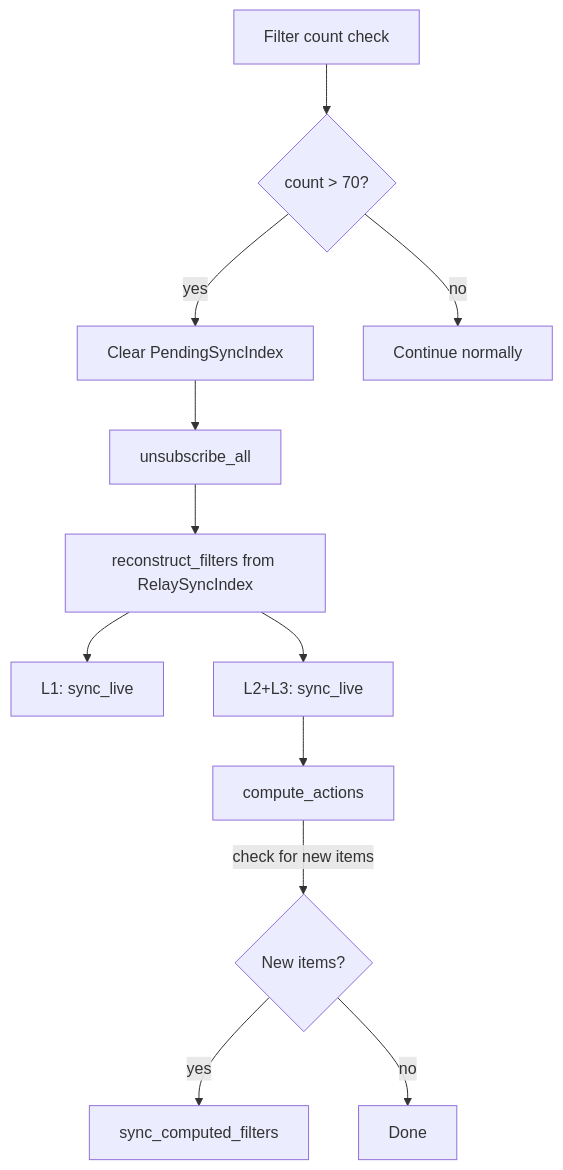
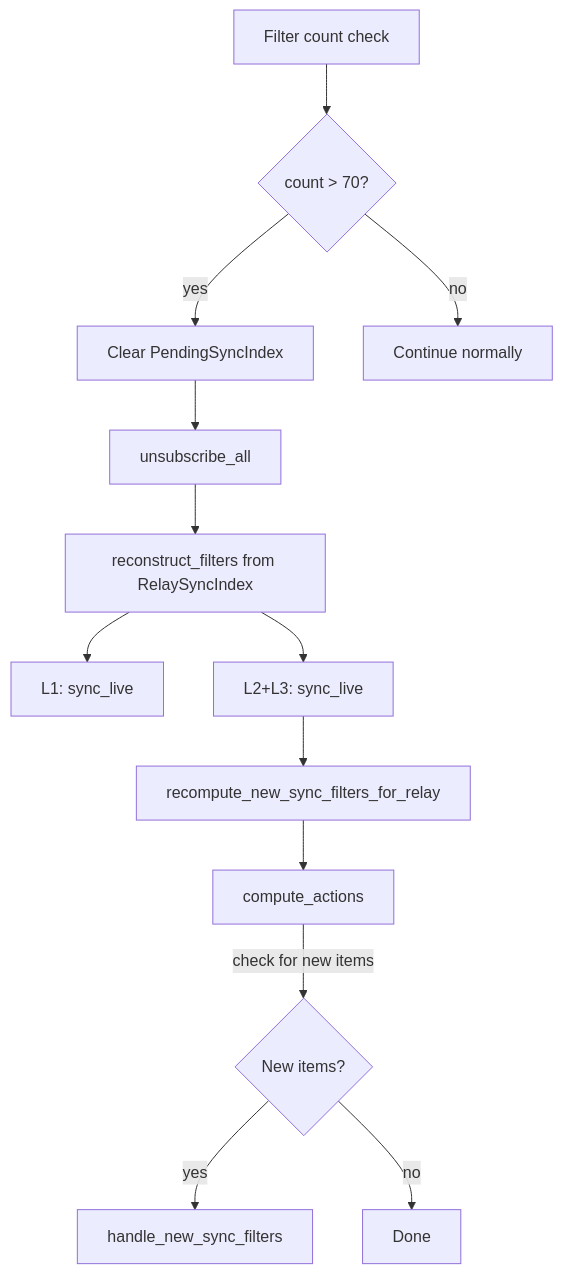
The eighth of 12 diagrams in docs/explanation/grasp-02-proactive-sync.md (Pleb5/ngit-grasp), drawn with Mermaid before and after one commit. The commit also changed other lines of this file, not shown here.

Commit message:
docs: sync updates to reflect changes

````diff
--- a/docs/explanation/grasp-02-proactive-sync.md
+++ b/docs/explanation/grasp-02-proactive-sync.md
@@ -383,14 +432,15 @@
 ```mermaid
 flowchart TB
     CHECK[Filter count check] --> THRESHOLD{count > 70?}
     THRESHOLD --> |yes| CLEAR_PSI[Clear PendingSyncIndex]
     CLEAR_PSI --> UNSUB[unsubscribe_all]
     UNSUB --> RECON[reconstruct_filters from RelaySyncIndex]
     RECON --> L1_LIVE[L1: sync_live]
     RECON --> L23_LIVE[L2+L3: sync_live]
-    L23_LIVE --> CA[compute_actions]
+    L23_LIVE --> RECOMPUTE[recompute_new_sync_filters_for_relay]
+    RECOMPUTE --> CA[compute_actions]
     CA --> |check for new items| AF{New items?}
-    AF --> |yes| SFRE[sync_computed_filters]
+    AF --> |yes| HNSF[handle_new_sync_filters]
     AF --> |no| DONE[Done]
     THRESHOLD --> |no| SKIP[Continue normally]
 ```
````
